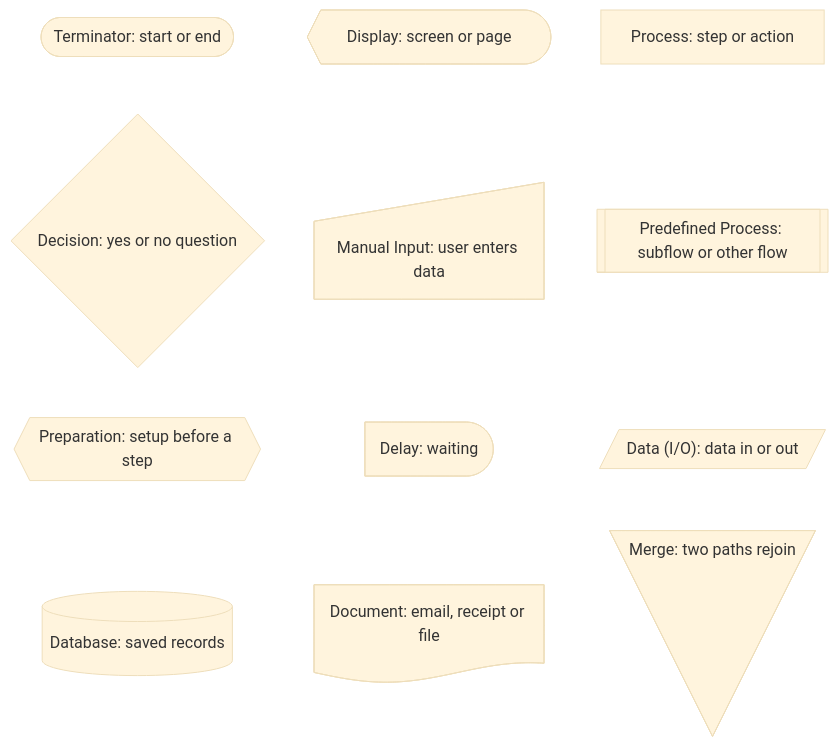
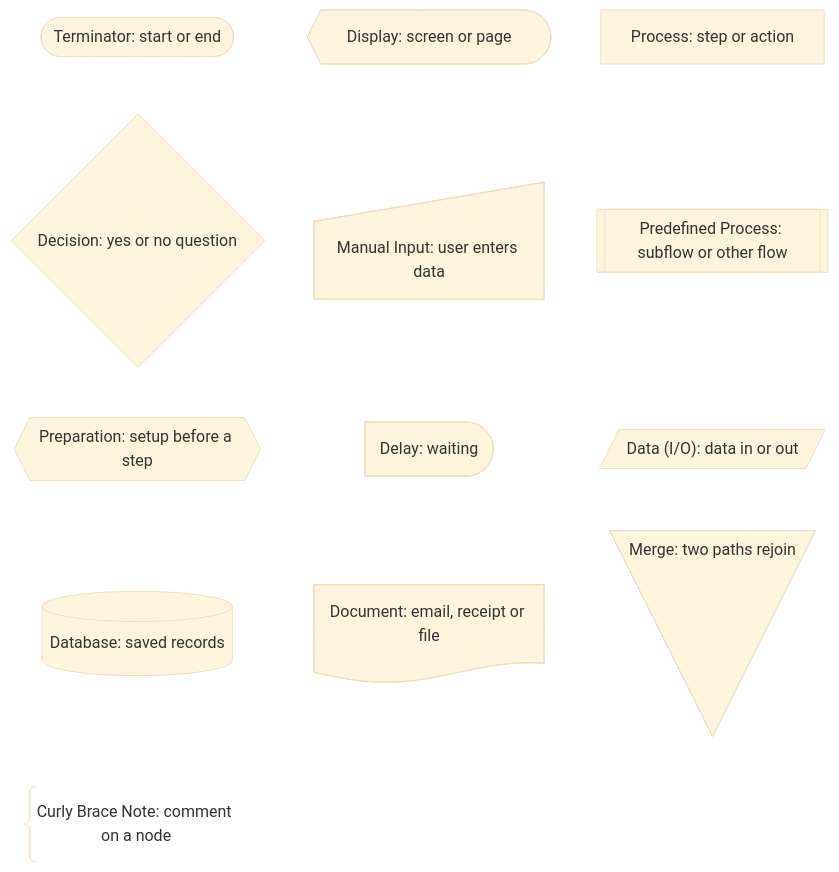
The fourth of 4 diagrams in references/diagrams.md (yoursharif/mermaid-userflow-diagram), drawn with Mermaid (base theme) before and after one commit. The commit also changed other lines of this file and 1 other file, not shown here.

First line of the commit message:
Add a note example to diagrams and flows

````diff
--- a/references/diagrams.md
+++ b/references/diagrams.md
@@ -126,25 +128,27 @@
 ```mermaid
 flowchart TD
   lgTerminator@{ shape: stadium, label: "Terminator: start or end" }
   lgDisplay@{ shape: curv-trap, label: "Display: screen or page" }
   lgProcess@{ shape: rect, label: "Process: step or action" }
   lgDecision@{ shape: diam, label: "Decision: yes or no question" }
   lgManualInput@{ shape: sl-rect, label: "Manual Input: user enters data" }
   lgPredefinedProcess@{ shape: fr-rect, label: "Predefined Process: subflow or other flow" }
   lgPreparation@{ shape: hex, label: "Preparation: setup before a step" }
   lgDelay@{ shape: delay, label: "Delay: waiting" }
   lgDataIO@{ shape: lean-r, label: "Data (I/O): data in or out" }
   lgDatabase@{ shape: cyl, label: "Database: saved records" }
   lgDocument@{ shape: doc, label: "Document: email, receipt or file" }
   lgMerge@{ shape: flip-tri, label: "Merge: two paths rejoin" }
+  lgCurlyBraceNote@{ shape: brace, label: "Curly Brace Note: comment on a node" }
 
   lgTerminator ~~~ lgDecision
   lgDisplay ~~~ lgManualInput
   lgProcess ~~~ lgPredefinedProcess
   lgDecision ~~~ lgPreparation
   lgManualInput ~~~ lgDelay
   lgPredefinedProcess ~~~ lgDataIO
   lgPreparation ~~~ lgDatabase
   lgDelay ~~~ lgDocument
   lgDataIO ~~~ lgMerge
+  lgDatabase ~~~ lgCurlyBraceNote
 ```
````
